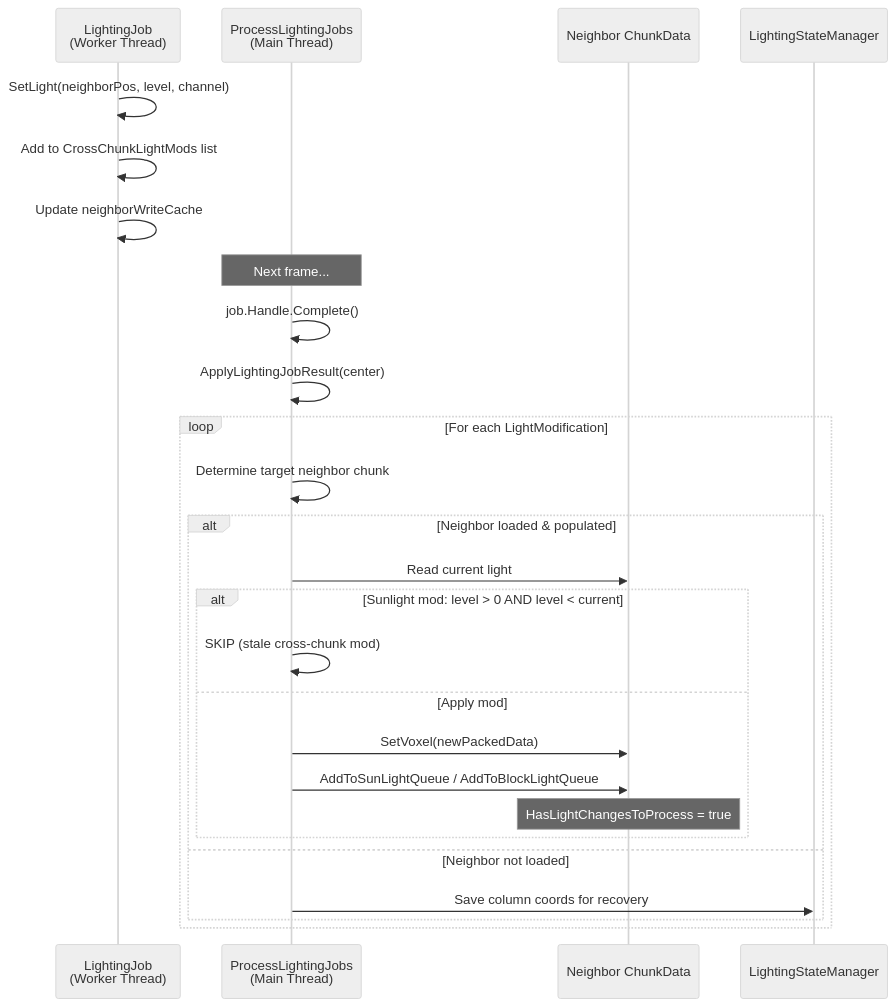
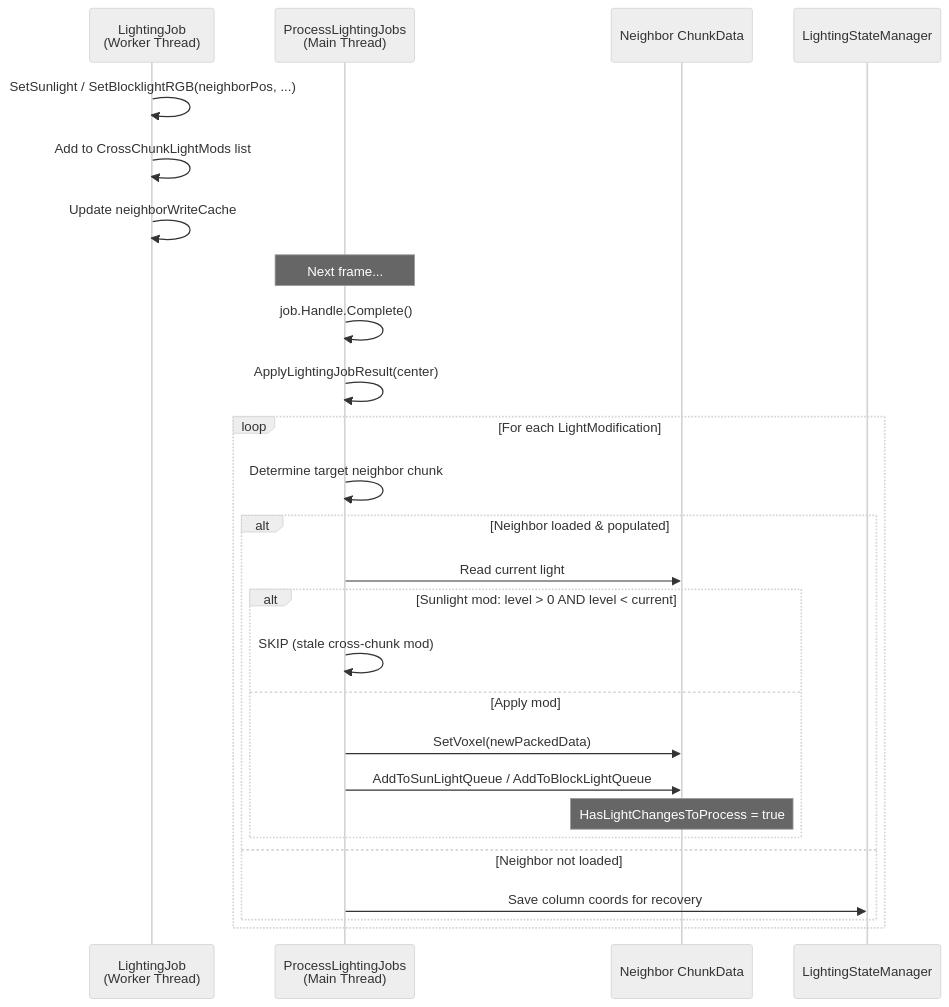
Before and after one commit to A-Van-Gestel/Unity-Minecraft_Clone: the sixth of 8 diagrams in Documentation/Architecture/CHUNK_LIFECYCLE_PIPELINE.md, drawn with Mermaid (neutral theme). The commit also changed 7 other files, not shown here.

````diff
--- a/Documentation/Architecture/CHUNK_LIFECYCLE_PIPELINE.md
+++ b/Documentation/Architecture/CHUNK_LIFECYCLE_PIPELINE.md
@@ -349,29 +349,29 @@
 ```mermaid
 sequenceDiagram
     participant Job as LightingJob<br/>(Worker Thread)
     participant Main as ProcessLightingJobs<br/>(Main Thread)
     participant NChunk as Neighbor ChunkData
     participant LSM as LightingStateManager
-    Job ->> Job: SetLight(neighborPos, level, channel)
+    Job ->> Job: SetSunlight / SetBlocklightRGB(neighborPos, ...)
     Job ->> Job: Add to CrossChunkLightMods list
     Job ->> Job: Update neighborWriteCache
     Note over Main: Next frame...
     Main ->> Main: job.Handle.Complete()
     Main ->> Main: ApplyLightingJobResult(center)
 
     loop For each LightModification
         Main ->> Main: Determine target neighbor chunk
         alt Neighbor loaded & populated
             Main ->> NChunk: Read current light
             alt Sunlight mod: level > 0 AND level < current
                 Main ->> Main: SKIP (stale cross-chunk mod)
             else Apply mod
                 Main ->> NChunk: SetVoxel(newPackedData)
                 Main ->> NChunk: AddToSunLightQueue / AddToBlockLightQueue
                 Note over NChunk: HasLightChangesToProcess = true
             end
         else Neighbor not loaded
             Main ->> LSM: Save column coords for recovery
         end
     end
 ```
````
